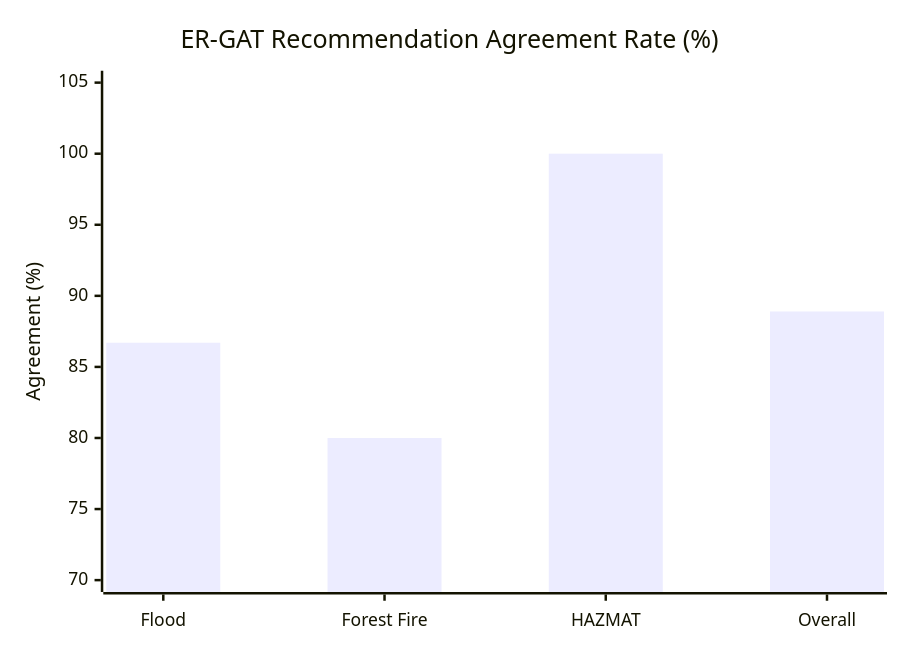
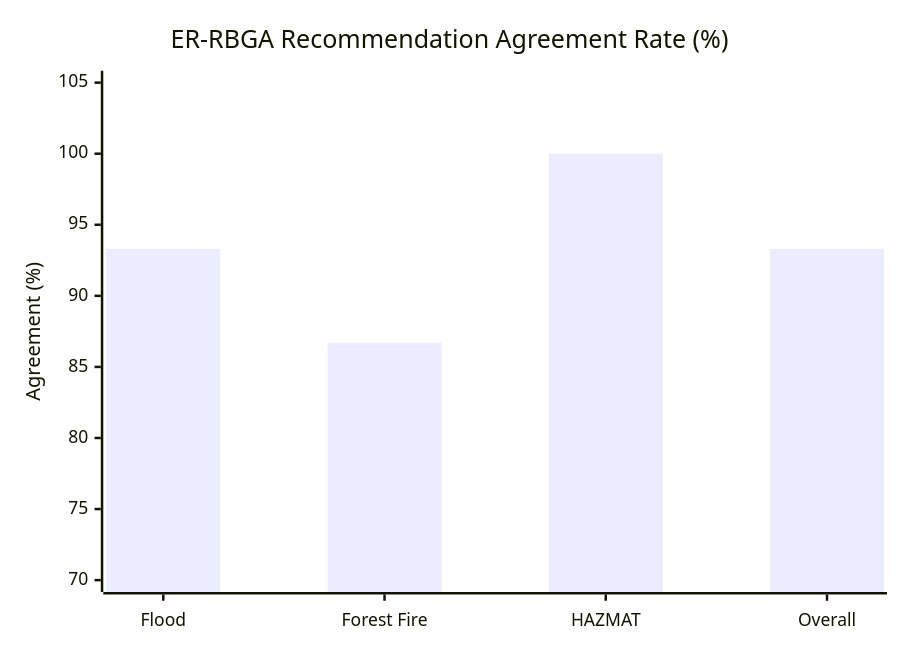
The third of 6 diagrams in docs/RESULTS.md (kerbgr/crisis_mas_poc), drawn with Mermaid before and after one commit. The commit also changed other lines of this file and 3 other files, not shown here.

````diff
--- a/docs/RESULTS.md
+++ b/docs/RESULTS.md
@@ -110,7 +99,7 @@
 ```mermaid
 xychart-beta
-    title "ER-GAT Recommendation Agreement Rate (%)"
+    title "ER-RBGA Recommendation Agreement Rate (%)"
     x-axis ["Flood", "Forest Fire", "HAZMAT", "Overall"]
     y-axis "Agreement (%)" 70 --> 105
-    bar [86.7, 80.0, 100.0, 88.9]
+    bar [93.3, 86.7, 100.0, 93.3]
 ```
````
